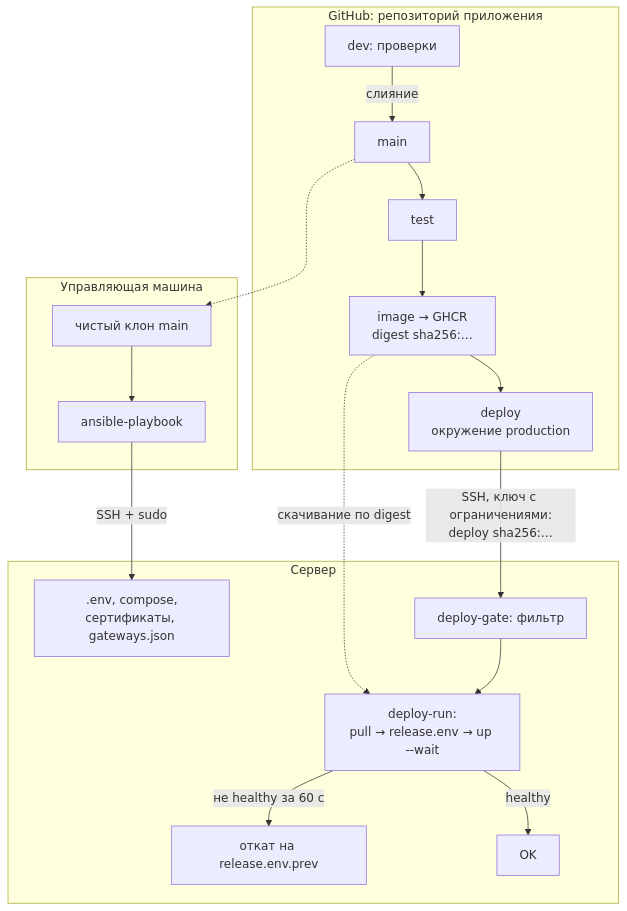
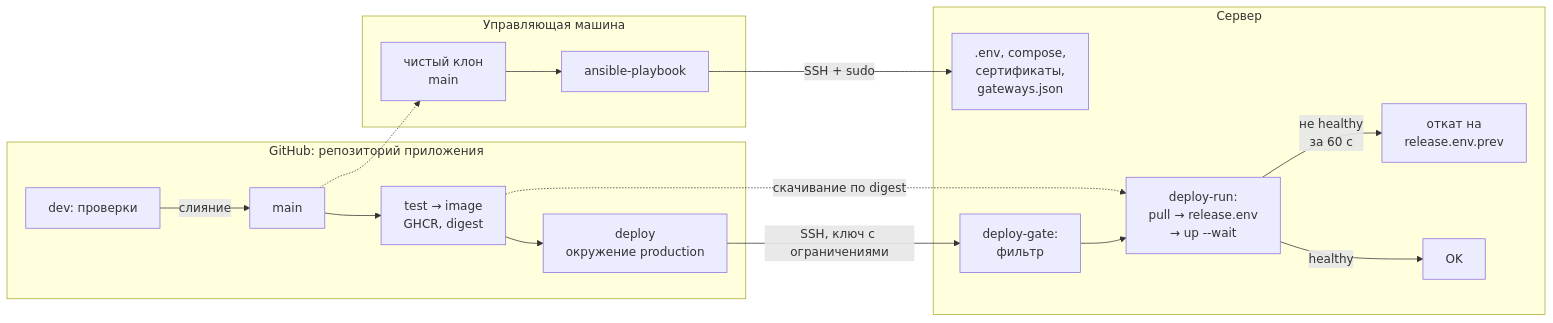
Before and after one commit to Cl0wnF1esta/maxapoc-infra: the first of 2 diagrams in README.md, drawn with Mermaid. The commit also changed other lines of this file and 3 other files, not shown here.

````diff
--- a/README.md
+++ b/README.md
@@ -9,20 +9,19 @@
 ```mermaid
-flowchart TB
+flowchart LR
   subgraph GH["GitHub: репозиторий приложения"]
-    dev["dev: проверки"] -->|слияние| main["main"]
-    main --> test["test"] --> image["image → GHCR<br/>digest sha256:…"] --> deploy["deploy<br/>окружение production"]
+    dev["dev: проверки"] -->|слияние| main["main"] --> ci["test → image<br/>GHCR, digest"] --> deploy["deploy<br/>окружение production"]
   end
   subgraph CN["Управляющая машина"]
-    clone["чистый клон main"] --> play["ansible-playbook"]
+    clone["чистый клон<br/>main"] --> play["ansible-playbook"]
   end
   subgraph SRV["Сервер"]
-    gate["deploy-gate: фильтр"] --> run["deploy-run:<br/>pull → release.env → up --wait"]
+    gate["deploy-gate:<br/>фильтр"] --> run["deploy-run:<br/>pull → release.env<br/>→ up --wait"]
     run -->|healthy| ok["OK"]
-    run -->|"не healthy за 60 с"| rb["откат на release.env.prev"]
-    cfg[".env, compose,<br/>сертификаты, gateways.json"]
+    run -->|"не healthy<br/>за 60 с"| rb["откат на<br/>release.env.prev"]
+    cfg[".env, compose,<br/>сертификаты,<br/>gateways.json"]
   end
   main -.-> clone
-  deploy -->|"SSH, ключ с ограничениями:<br/>deploy sha256:…"| gate
-  image -.->|"скачивание по digest"| run
+  deploy -->|"SSH, ключ с ограничениями"| gate
+  ci -.->|"скачивание по digest"| run
   play -->|"SSH + sudo"| cfg
 ```
````
